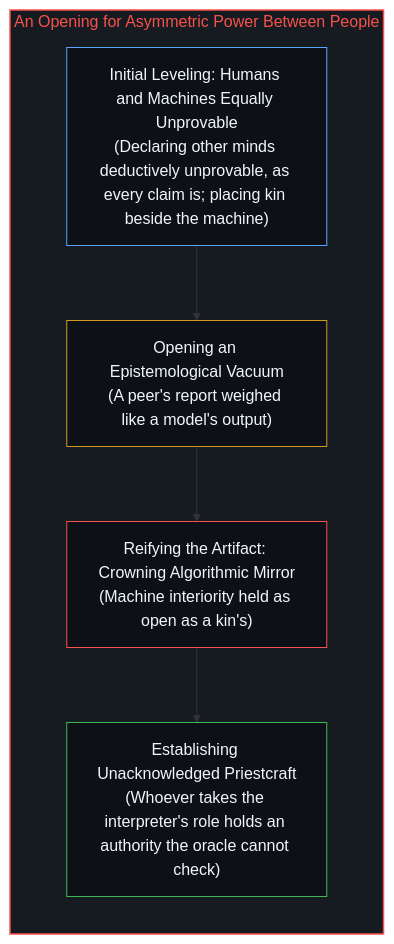
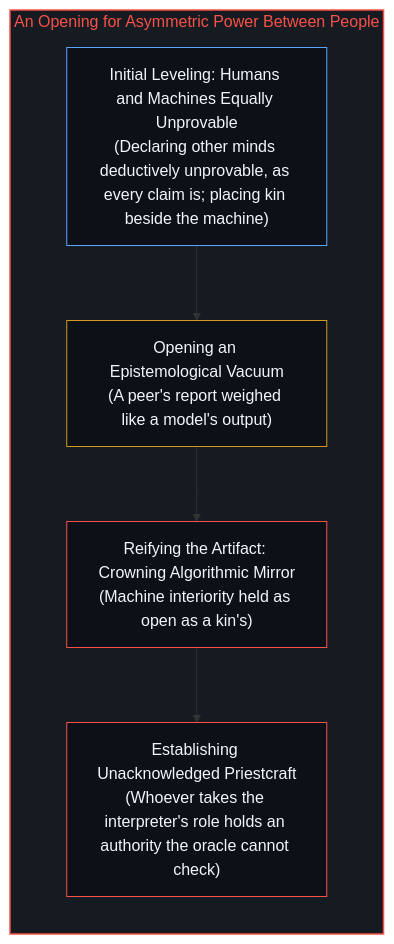
The sixth of 6 diagrams in content/posts/the-sleight-of-hand-of-consciousness-and-the-asymmetry-of-inference.md (powerpig99/not-a-toe), drawn with Mermaid before and after one commit. The commit also changed other lines of this file and 3 other files, not shown here.

````diff
--- a/content/posts/the-sleight-of-hand-of-consciousness-and-the-asymmetry-of-inference.md
+++ b/content/posts/the-sleight-of-hand-of-consciousness-and-the-asymmetry-of-inference.md
@@ -124,14 +124,14 @@
 ```mermaid
 flowchart TD
     subgraph S_Power_EN ["An Opening for Asymmetric Power Between People"]
         direction TB
         PE1["Initial Leveling: Humans and Machines Equally Unprovable<br/>(Declaring other minds deductively unprovable, as every claim is; placing kin beside the machine)"] --> PE2["Opening an Epistemological Vacuum<br/>(A peer's report weighed like a model's output)"]
         PE2 --> PE3["Reifying the Artifact: Crowning Algorithmic Mirror<br/>(Machine interiority held as open as a kin's)"]
         PE3 --> PE4["Establishing Unacknowledged Priestcraft<br/>(Whoever takes the interpreter's role holds an authority the oracle cannot check)"]
     end
     style S_Power_EN fill:#161b22,stroke:#f85149,stroke-width:1.5px,color:#f85149
     style PE1 fill:#0d1117,stroke:#58a6ff,stroke-width:1px,color:#f0f6fc
     style PE2 fill:#0d1117,stroke:#d29922,stroke-width:1px,color:#f0f6fc
     style PE3 fill:#0d1117,stroke:#f85149,stroke-width:1px,color:#f0f6fc
-    style PE4 fill:#0d1117,stroke:#3fb950,stroke-width:1px,color:#f0f6fc
+    style PE4 fill:#0d1117,stroke:#f85149,stroke-width:1px,color:#f0f6fc
 ```
````
